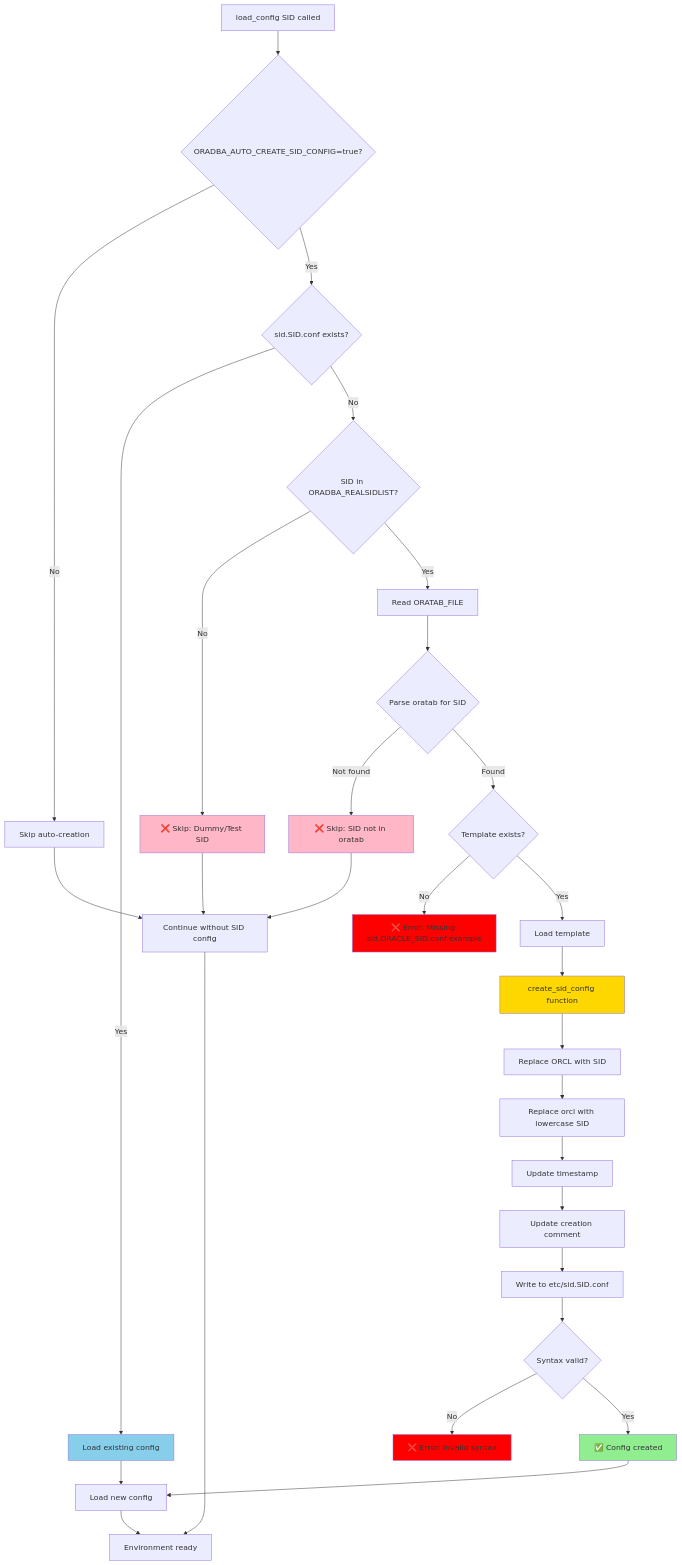
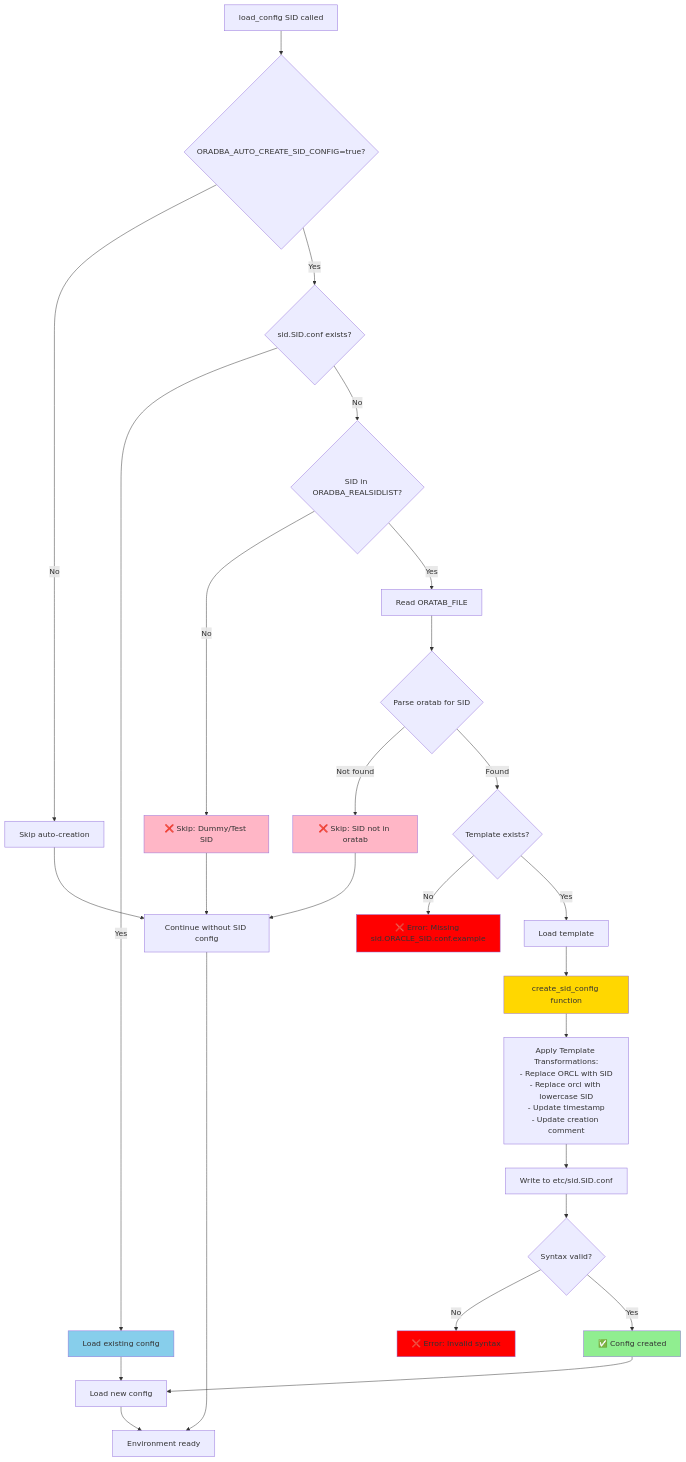
One commit to oehrlis/oradba changed diagram 12 of 12 in doc/images/source/diagrams-mermaid.md. Above: the diagram before and after it, drawn with Mermaid. The commit also changed other lines of this file, not shown here.

First line of the commit message:
docs: Consolidate sequential steps in Mermaid diagrams

````diff
--- a/doc/images/source/diagrams-mermaid.md
+++ b/doc/images/source/diagrams-mermaid.md
@@ -724,48 +696,45 @@
 ```mermaid
 flowchart TD
     A[load_config SID called] --> B{ORADBA_AUTO_CREATE_SID_CONFIG=true?}
     
     B -->|No| C[Skip auto-creation]
     B -->|Yes| D{sid.SID.conf exists?}
     
     D -->|Yes| E[Load existing config]
     D -->|No| F{SID in ORADBA_REALSIDLIST?}
     
     F -->|No| G[❌ Skip: Dummy/Test SID]
     F -->|Yes| H[Read ORATAB_FILE]
     
     H --> I{Parse oratab for SID}
     I -->|Not found| J[❌ Skip: SID not in oratab]
     I -->|Found| K{Template exists?}
     
     K -->|No| L[❌ Error: Missing sid.ORACLE_SID.conf.example]
     K -->|Yes| M[Load template]
     
     M --> N[create_sid_config function]
-    N --> O[Replace ORCL with SID]
-    O --> P[Replace orcl with lowercase SID]
-    P --> Q[Update timestamp]
-    Q --> R[Update creation comment]
-    R --> S[Write to etc/sid.SID.conf]
+    N --> O[Apply Template Transformations:<br/>- Replace ORCL with SID<br/>- Replace orcl with lowercase SID<br/>- Update timestamp<br/>- Update creation comment]
+    O --> S[Write to etc/sid.SID.conf]
     
     S --> T{Syntax valid?}
     T -->|No| U[❌ Error: Invalid syntax]
     T -->|Yes| V[✅ Config created]
     
     V --> W[Load new config]
     E --> W
     C --> X[Continue without SID config]
     
     W --> Y[Environment ready]
     X --> Y
     G --> X
     J --> X
     
     style V fill:#90EE90
     style E fill:#87CEEB
     style G fill:#FFB6C6
     style J fill:#FFB6C6
     style L fill:#FF0000
     style U fill:#FF0000
     style N fill:#FFD700
 ```
````
